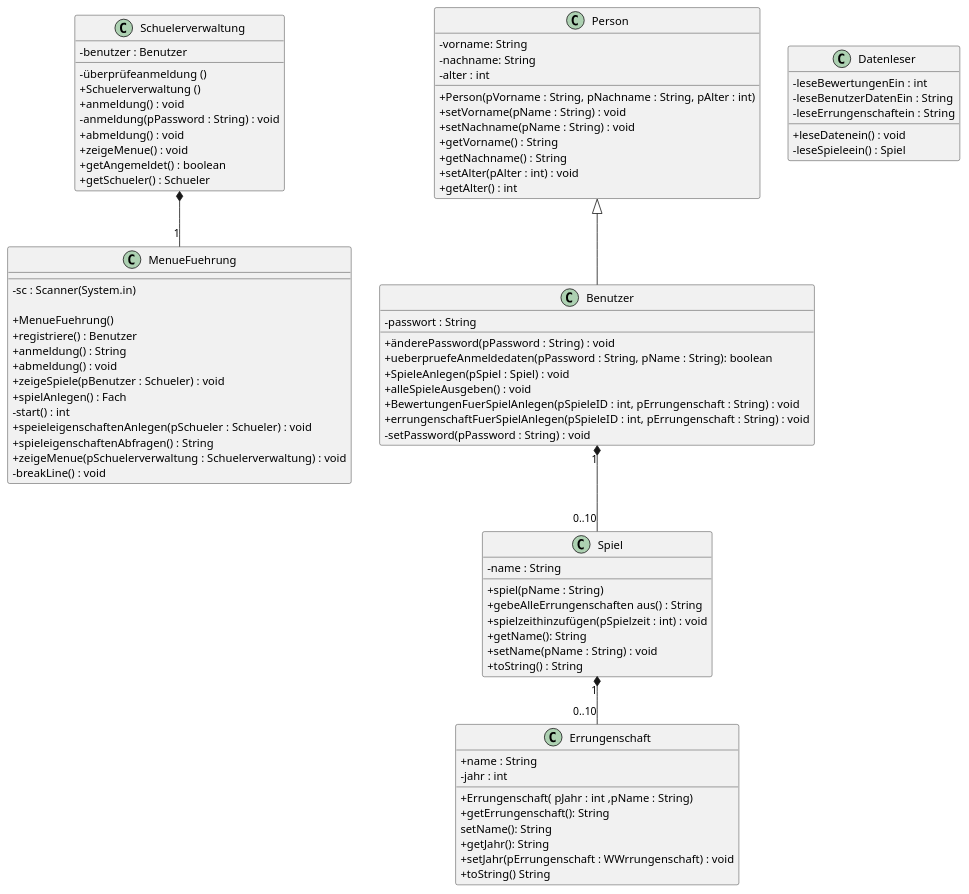
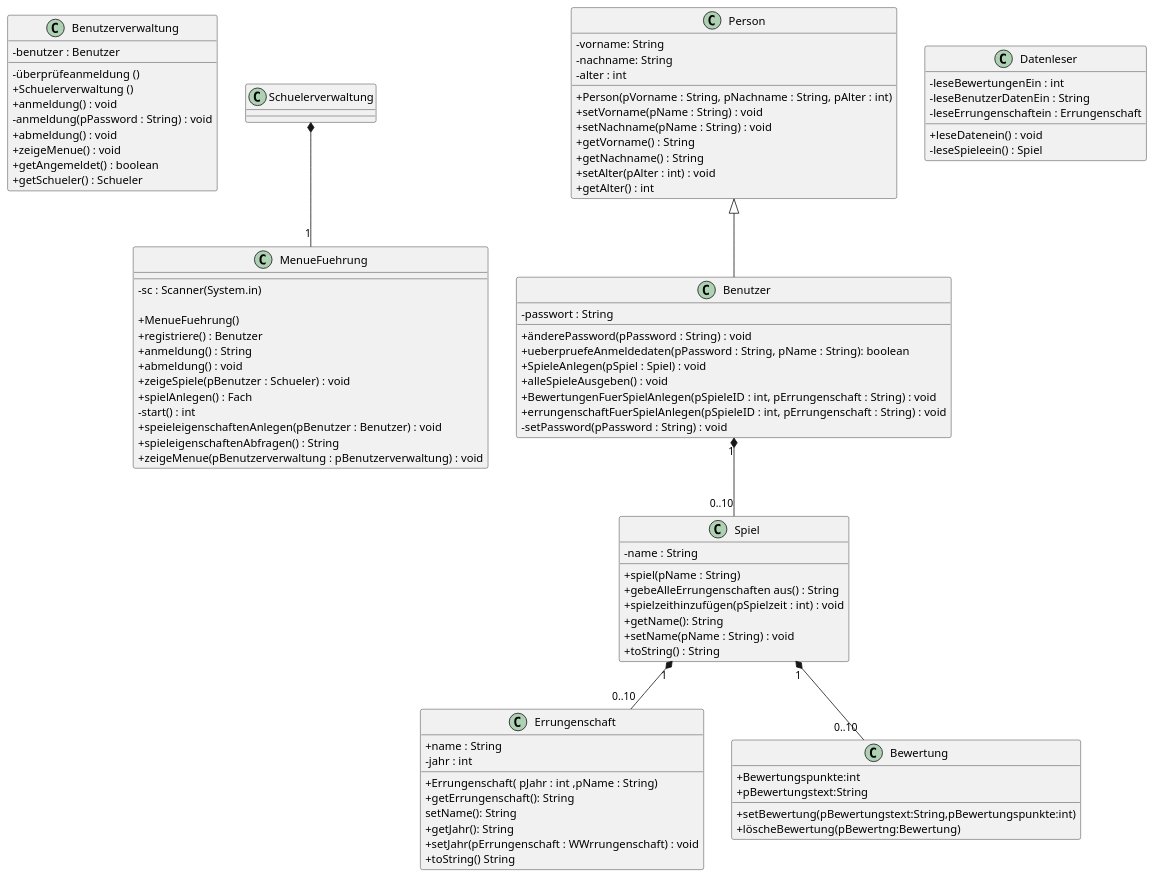
Before and after one commit to HEBK-BGM/Verwaltungssoftware_Team_3_TestGIt: the diagram in Docs/Pflichtenheft/Diagramme/Klassendiagramm.iuml, drawn with PlantUML.

Commit message:
Bewertung überarbeitet V2

```diff
--- a/Docs/Pflichtenheft/Diagramme/Klassendiagramm.iuml
+++ b/Docs/Pflichtenheft/Diagramme/Klassendiagramm.iuml
@@ -1,98 +1,107 @@
 @startuml
 skinparam classAttributeIconSize 0
 
-class Schuelerverwaltung{
+class Benutzerverwaltung{
  -benutzer : Benutzer
  -überprüfeanmeldung ()
  + Schuelerverwaltung ()
  + anmeldung() : void
  - anmeldung(pPassword : String) : void
  + abmeldung() : void
  + zeigeMenue() : void
  + getAngemeldet() : boolean
  + getSchueler() : Schueler
 }
 
 
 
 class MenueFuehrung{
  - sc : Scanner(System.in)
 
  +MenueFuehrung()
  +registriere() : Benutzer
  + anmeldung() : String
  + abmeldung() : void
  + zeigeSpiele(pBenutzer : Schueler) : void
  + spielAnlegen() : Fach
  - start() : int
- + speieleigenschaftenAnlegen(pSchueler : Schueler) : void
+ + speieleigenschaftenAnlegen(pBenutzer : Benutzer) : void
  + spieleigenschaftenAbfragen() : String
- + zeigeMenue(pSchuelerverwaltung : Schuelerverwaltung) : void
- - breakLine() : void
+ + zeigeMenue(pBenutzerverwaltung : pBenutzerverwaltung) : void
+ 
  }
 
 class Person{
  -vorname: String
  -nachname: String
  -alter : int
  + Person(pVorname : String, pNachname : String, pAlter : int)
  +setVorname(pName : String) : void
  +setNachname(pName : String) : void
  +getVorname() : String
  +getNachname() : String
  +setAlter(pAlter : int) : void
  +getAlter() : int
 }
 
 
 
 class Spiel{
  -name : String
  +spiel(pName : String)
  +gebeAlleErrungenschaften aus() : String
  +spielzeithinzufügen(pSpielzeit : int) : void
  +getName(): String
  +setName(pName : String) : void
  +toString() : String
 }
 
 class Errungenschaft{
  +name : String
  -jahr : int
  +Errungenschaft( pJahr : int ,pName : String)
  +getErrungenschaft(): String
  setName(): String
  +getJahr(): String
  +setJahr(pErrungenschaft : WWrrungenschaft) : void
  +toString() String
 }
 
 
 
 
 class Benutzer{
   -passwort : String
   +änderePassword(pPassword : String) : void
   +ueberpruefeAnmeldedaten(pPassword : String, pName : String): boolean
   + SpieleAnlegen(pSpiel : Spiel) : void
   +alleSpieleAusgeben() : void
   +BewertungenFuerSpielAnlegen(pSpieleID : int, pErrungenschaft : String) : void
    +errungenschaftFuerSpielAnlegen(pSpieleID : int, pErrungenschaft : String) : void
   -setPassword(pPassword : String) : void
 }
 
 class Datenleser{
   +leseDatenein() : void 
   -leseBewertungenEin : int
   -leseBenutzerDatenEin : String
-  -leseErrungenschaftein : String
+  -leseErrungenschaftein : Errungenschaft
   -leseSpieleein() : Spiel
   }
 
+class Bewertung{
+  +Bewertungspunkte:int
+  +pBewertungstext:String
+  +setBewertung(pBewertungstext:String,pBewertungspunkte:int)
+  +löscheBewertung(pBewertng:Bewertung)
+
+}
+
 
 Spiel "1" *-- "0..10" Errungenschaft
+Spiel "1" *-- "0..10" Bewertung
 Schuelerverwaltung  *-- "1" MenueFuehrung
 Benutzer "1" *-- "0..10" Spiel
 Person <|-- Benutzer
 
 @enduml
```
